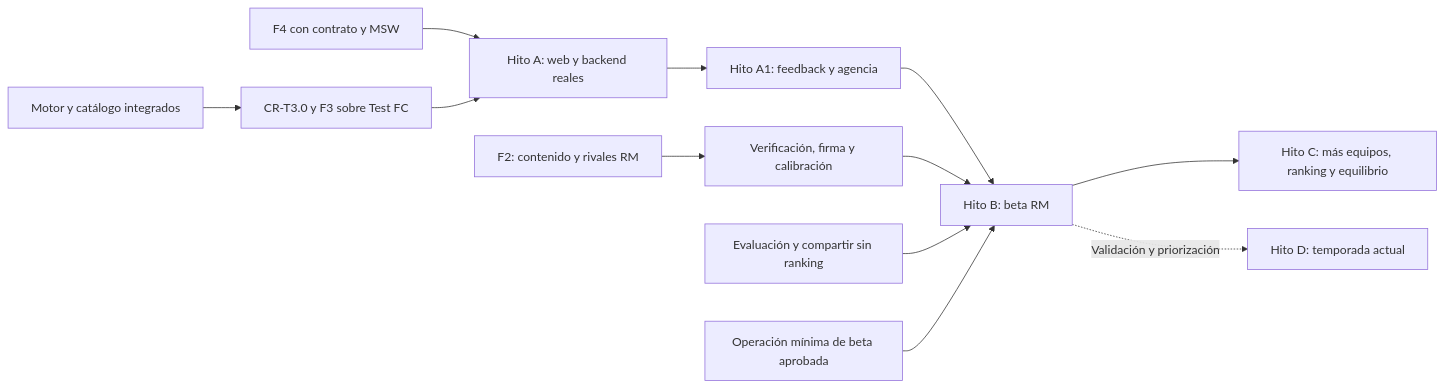
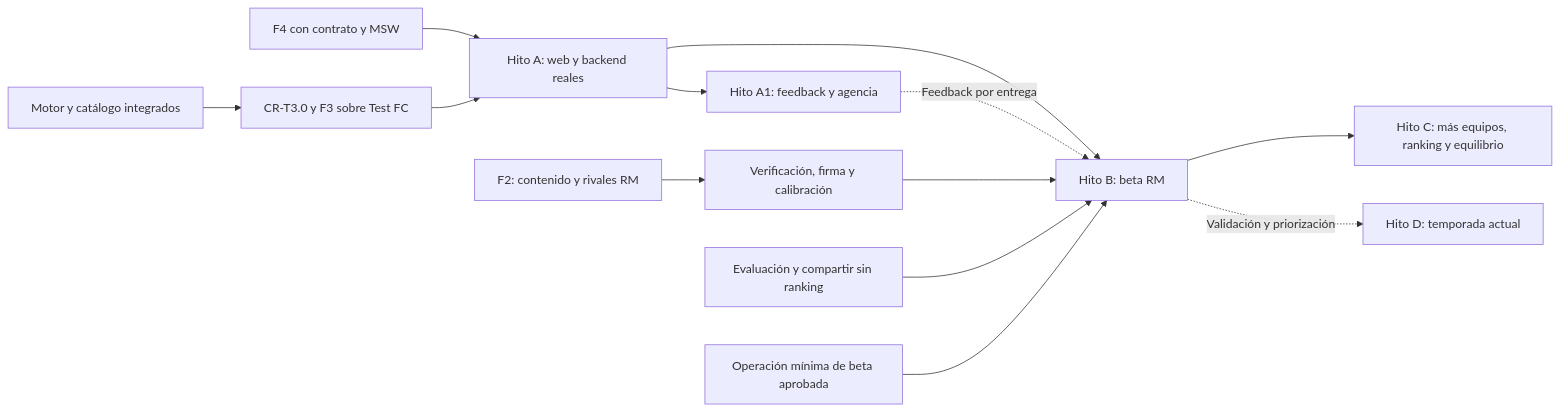
Before and after one commit to migue99angel/mister-historico: the second of 2 diagrams in docs/PLAN.md, drawn with Mermaid. The commit also changed other lines of this file and 3 other files, not shown here.

````diff
--- a/docs/PLAN.md
+++ b/docs/PLAN.md
@@ -285,14 +285,15 @@
 ```mermaid
 flowchart LR
   Base[Motor y catálogo integrados] --> Run[CR-T3.0 y F3 sobre Test FC]
   UI[F4 con contrato y MSW] --> A[Hito A: web y backend reales]
   Run --> A
   Data[F2: contenido y rivales RM] --> Sign[Verificación, firma y calibración]
   A --> A1[Hito A1: feedback y agencia]
-  A1 --> B[Hito B: beta RM]
+  A --> B[Hito B: beta RM]
+  A1 -. Feedback por entrega .-> B
   Sign --> B
   Final[Evaluación y compartir sin ranking] --> B
   Ops[Operación mínima de beta aprobada] --> B
   B --> C[Hito C: más equipos, ranking y equilibrio]
   B -. Validación y priorización .-> D[Hito D: temporada actual]
 ```
````
